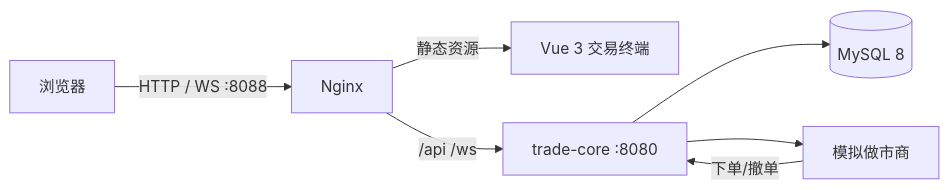
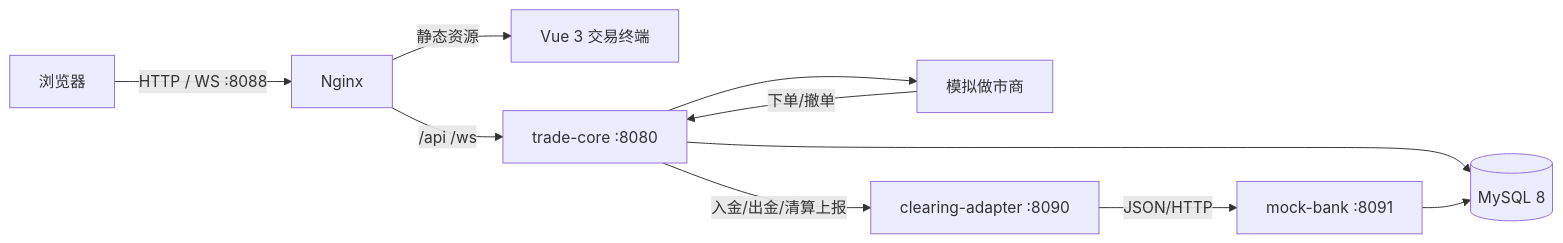
One commit to Wing233/clearhub-trade-demo changed the first of 3 diagrams in docs/ARCHITECTURE.md. Above: the diagram before and after it, drawn with Mermaid. The commit also changed other lines of this file and 90 other files, not shown here.

Commit message:
Add clearing house adapter and mock bank integration

````diff
--- a/docs/ARCHITECTURE.md
+++ b/docs/ARCHITECTURE.md
@@ -5,9 +5,12 @@
 ```mermaid
 flowchart LR
   U[浏览器] -->|HTTP / WS :8088| N[Nginx]
   N -->|静态资源| W[Vue 3 交易终端]
   N -->|/api /ws| A[trade-core :8080]
   A --> DB[(MySQL 8)]
   A --> M[模拟做市商]
   M -->|下单/撤单| A
+  A -->|入金/出金/清算上报| AD[clearing-adapter :8090]
+  AD -->|JSON/HTTP| MB[mock-bank :8091]
+  MB --> DB
 ```
````
